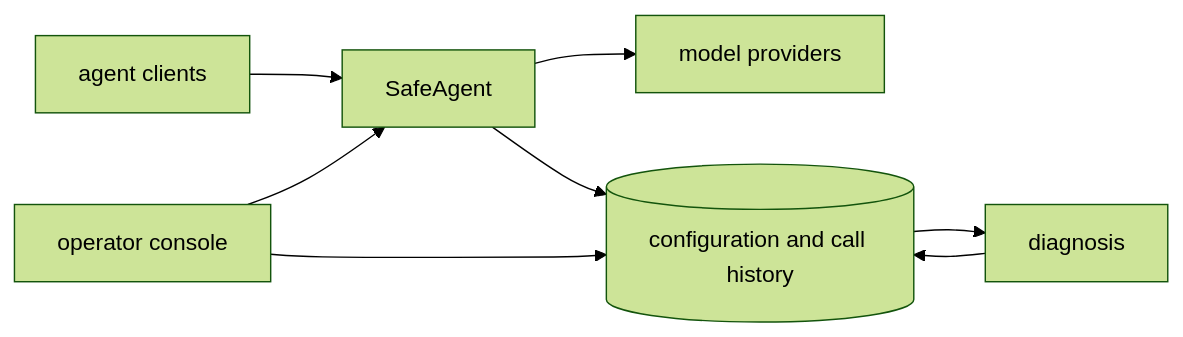
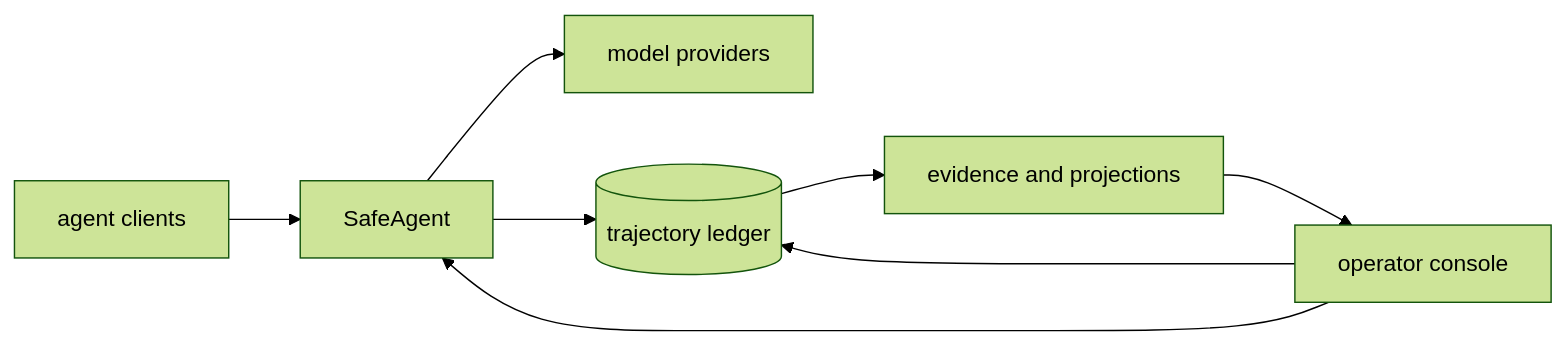
One commit to yv1ing/SafeAgent changed the diagram in docs/human/architecture.md. Above: the diagram before and after it, drawn with Mermaid (forest theme). The commit also changed other lines of this file and 395 other files, not shown here.

Commit message:
refactor: rebuild the pipeline, console, evidence, tests and docs around a trajectory event ledger

````diff
--- a/docs/human/architecture.md
+++ b/docs/human/architecture.md
@@ -9,10 +9,10 @@
 ```mermaid
 flowchart LR
     Clients["agent clients"] --> Gateway["SafeAgent"]
     Console["operator console"] --> Gateway
     Gateway --> Providers["model providers"]
-    Gateway --> History[("configuration and call history")]
-    Console --> History
-    History --> Diagnosis["diagnosis"]
-    Diagnosis --> History
+    Gateway --> Ledger[("trajectory ledger")]
+    Console --> Ledger
+    Ledger --> Evidence["evidence and projections"]
+    Evidence --> Console
 ```
````
